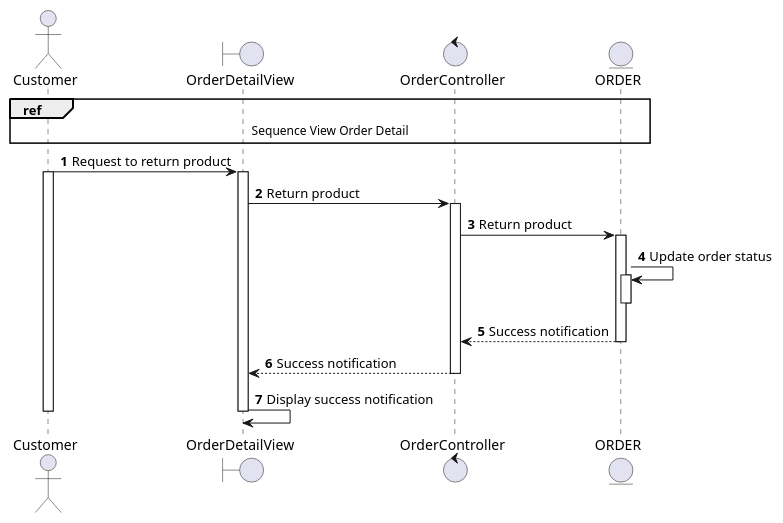
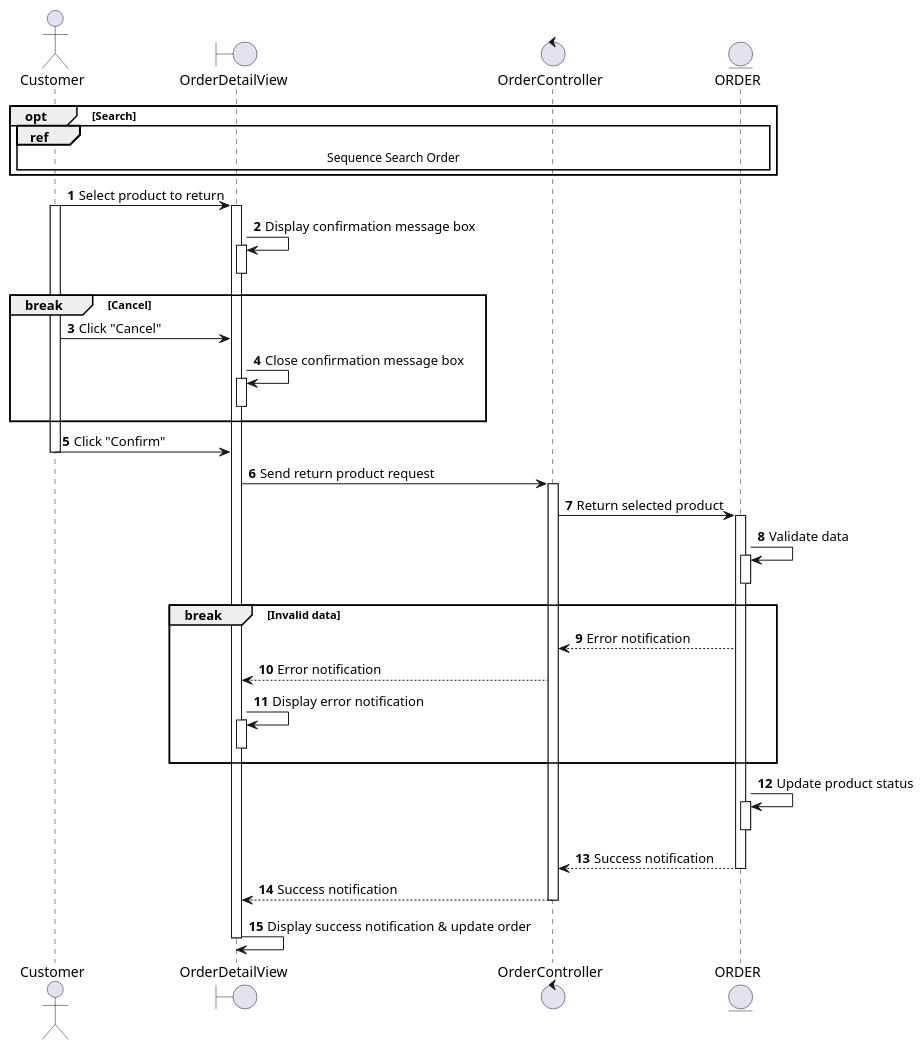
One commit to electricilies/electricilies.github.io changed the diagram in docs/docs/sequence/view-order/return-product.md. Above: the diagram before and after it, drawn with PlantUML. The commit also changed 20 other files, not shown here.

````diff
--- a/docs/docs/sequence/view-order/return-product.md
+++ b/docs/docs/sequence/view-order/return-product.md
@@ -3,30 +3,52 @@
 ```plantuml
 @startuml
 autonumber
 
 actor Customer as C
 boundary OrderDetailView as ODV
 control OrderController as OC
 entity ORDER as O
 
-ref over C, O: Sequence View Order Detail
-C -> ODV: Request to return product
+opt Search
+  ref over C, O: Sequence Search Order
+end
+C -> ODV: Select product to return
 activate C
 activate ODV
-ODV -> OC: Return product
+ODV -> ODV: Display confirmation message box
+activate ODV
+deactivate ODV
+break Cancel
+  C -> ODV: Click "Cancel"
+  ODV -> ODV: Close confirmation message box
+  activate ODV
+  deactivate ODV
+end
+C -> ODV: Click "Confirm"
+deactivate C
+ODV -> OC: Send return product request
 activate OC
-OC -> O: Return product
+OC -> O: Return selected product
 activate O
-O -> O: Update order status
+O -> O: Validate data
+activate O
+deactivate O
+break Invalid data
+  OC <-- O: Error notification
+  ODV <-- OC: Error notification
+  ODV -> ODV: Display error notification
+  activate ODV
+  deactivate ODV
+end
+O -> O: Update product status
 activate O
 deactivate O
 OC <-- O: Success notification
 deactivate O
 ODV <-- OC: Success notification
 deactivate OC
-ODV -> ODV: Display success notification
+ODV -> ODV: Display success notification & update order
 deactivate ODV
-deactivate C
 
 @enduml
 ```
````
